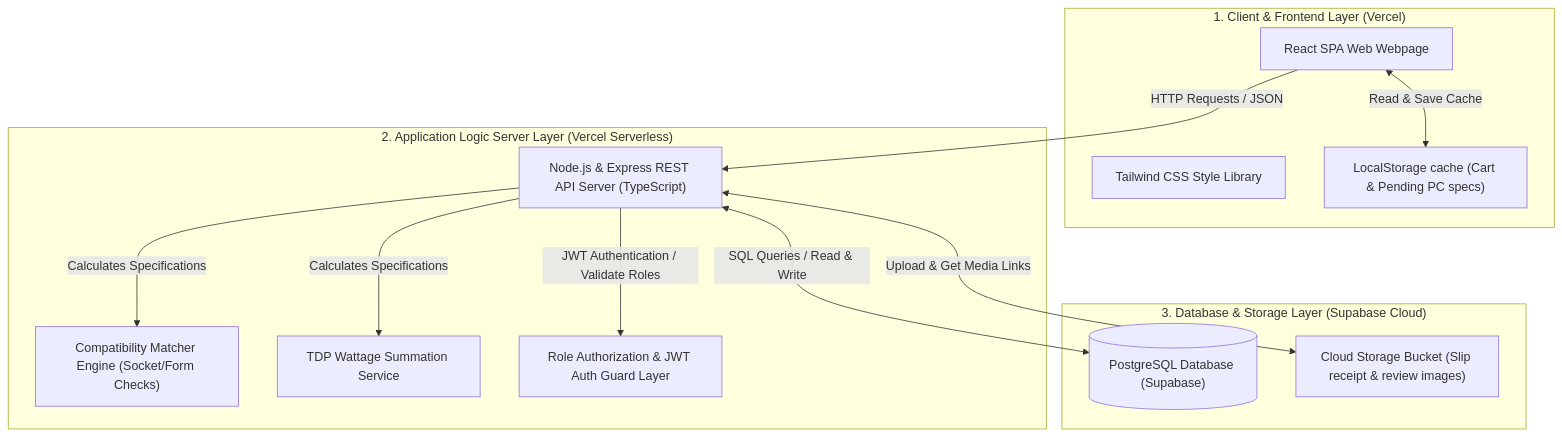
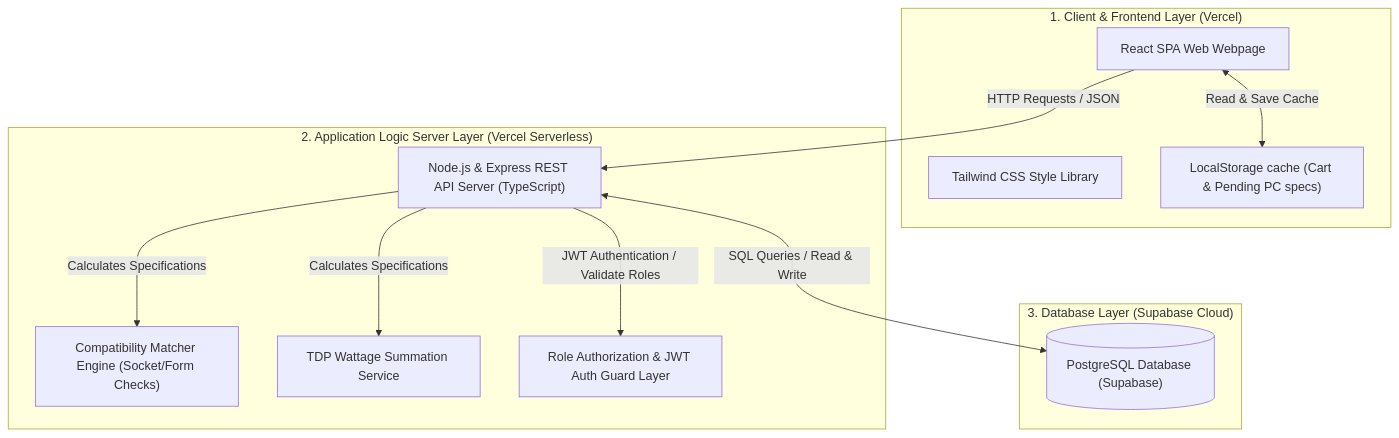
One commit to Tnk2209/ComHub-Csi204 changed the diagram in markdown/CODEBASE.md. Above: the diagram before and after it, drawn with Mermaid. The commit also changed other lines of this file and 39 other files, not shown here.

````diff
--- a/markdown/CODEBASE.md
+++ b/markdown/CODEBASE.md
@@ -19,28 +20,26 @@
 ```mermaid
 graph TD
     subgraph Client_Layer ["1. Client & Frontend Layer (Vercel)"]
         A["React SPA Web Webpage"]
         B["Tailwind CSS Style Library"]
         C["LocalStorage cache (Cart & Pending PC specs)"]
     end
     
     subgraph Service_Layer ["2. Application Logic Server Layer (Vercel Serverless)"]
         D["Node.js & Express REST API Server (TypeScript)"]
         E["Compatibility Matcher Engine (Socket/Form Checks)"]
         F["TDP Wattage Summation Service"]
         G["Role Authorization & JWT Auth Guard Layer"]
     end
     
-    subgraph Database_Storage_Layer ["3. Database & Storage Layer (Supabase Cloud)"]
+    subgraph Database_Storage_Layer ["3. Database Layer (Supabase Cloud)"]
         H[("PostgreSQL Database (Supabase)")]
-        I["Cloud Storage Bucket (Slip receipt & review images)"]
     end
 
     %% Communications
     A -->|HTTP Requests / JSON| D
     A <-->|Read & Save Cache| C
     D -->|JWT Authentication / Validate Roles| G
     D -->|Calculates Specifications| E & F
     D <-->|SQL Queries / Read & Write| H
-    D <-->|Upload & Get Media Links| I
 ```
````
